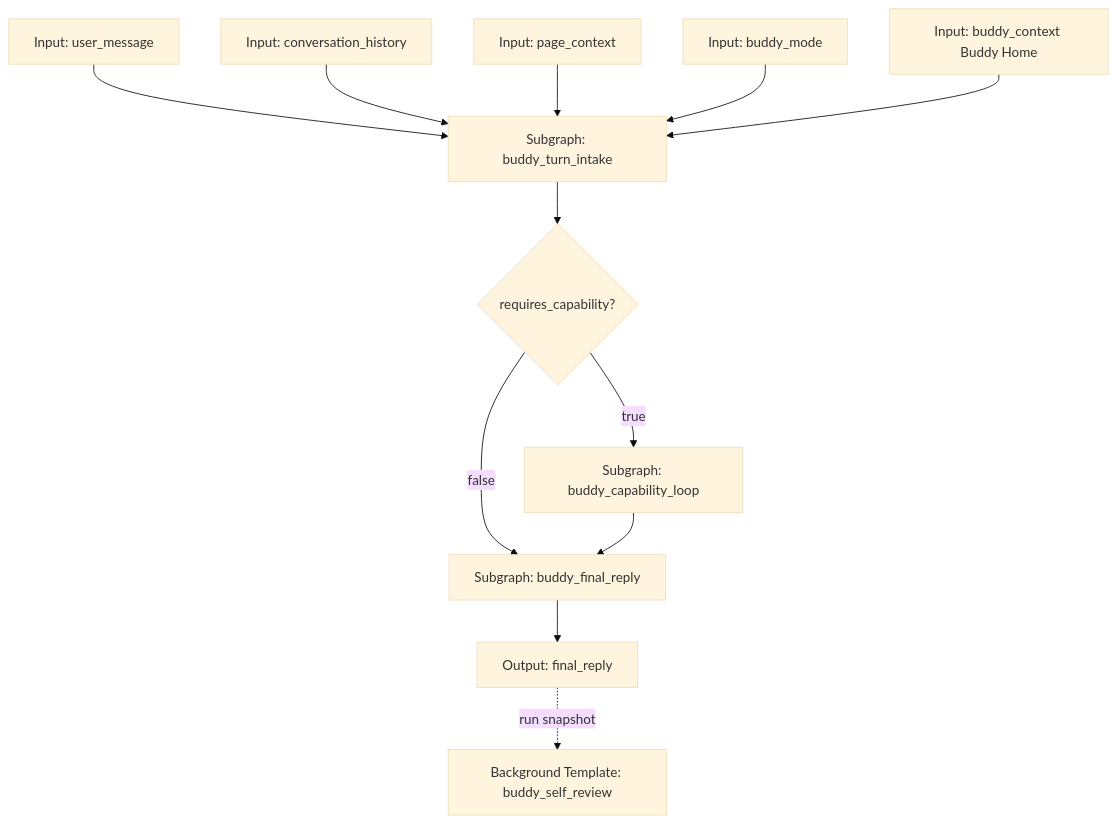
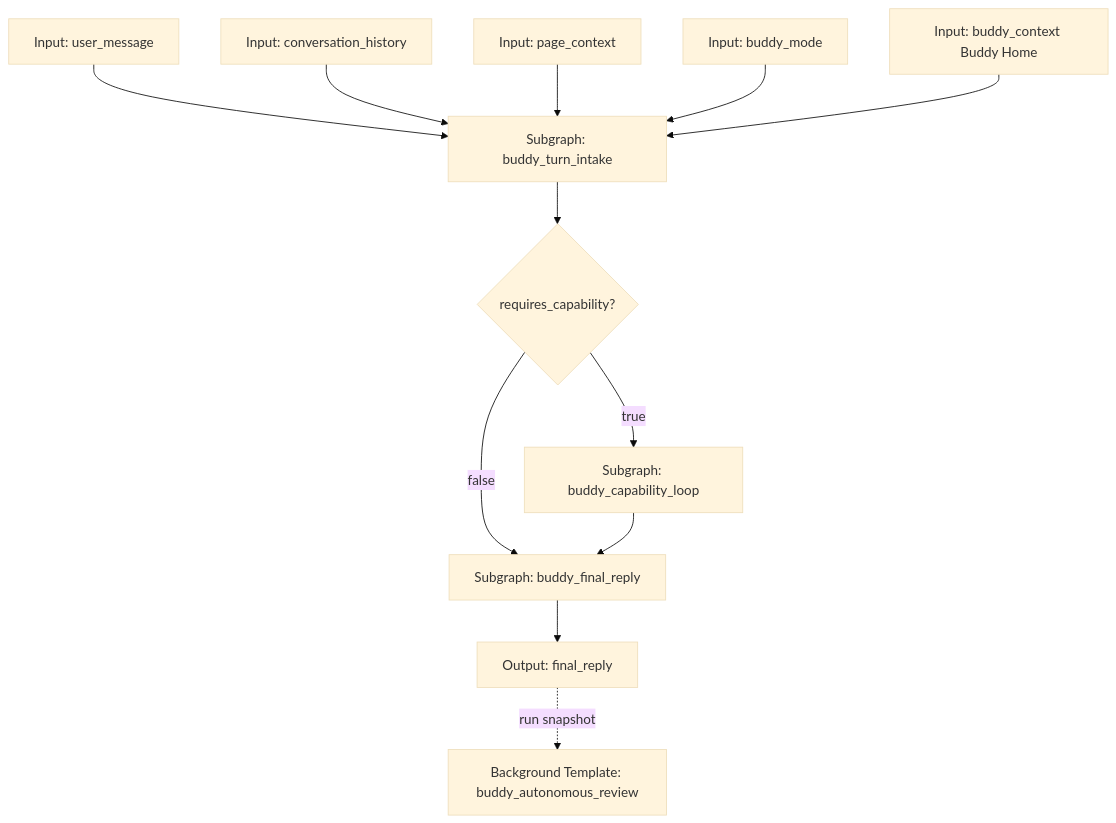
Before and after one commit to OoABYSSoO/TooGraph: the first of 4 diagrams in docs/future/buddy-autonomous-agent-roadmap.md, drawn with Mermaid (base theme). The commit also changed other lines of this file and 26 other files, not shown here.

````diff
--- a/docs/future/buddy-autonomous-agent-roadmap.md
+++ b/docs/future/buddy-autonomous-agent-roadmap.md
@@ -81,15 +81,15 @@
 ```mermaid
 flowchart TD
   U[Input: user_message] --> I[Subgraph: buddy_turn_intake]
   H[Input: conversation_history] --> I
   P[Input: page_context] --> I
   M[Input: buddy_mode] --> I
   B[Input: buddy_context Buddy Home] --> I
 
   I --> C{requires_capability?}
   C -- false --> F[Subgraph: buddy_final_reply]
   C -- true --> L[Subgraph: buddy_capability_loop]
   L --> F
   F --> O[Output: final_reply]
-  O -. run snapshot .-> R[Background Template: buddy_self_review]
+  O -. run snapshot .-> R[Background Template: buddy_autonomous_review]
 ```
````
